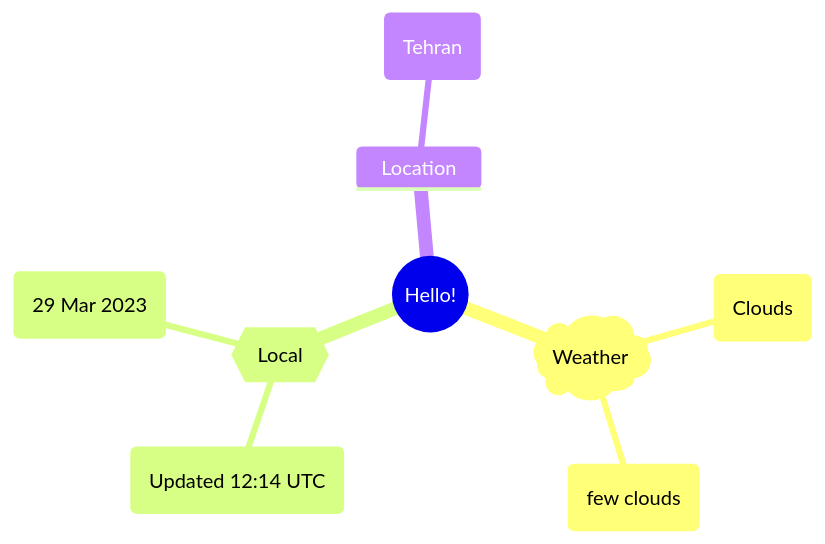
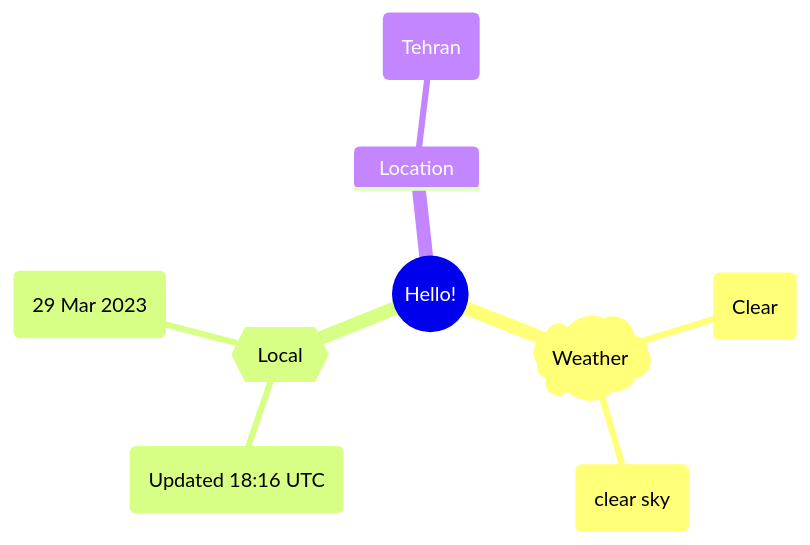
One commit to Xosrov/Xosrov changed the first of 2 diagrams in README.md. Above: the diagram before and after it, drawn with Mermaid.

Commit message:
[bot] updated images

````diff
--- a/README.md
+++ b/README.md
@@ -3,12 +3,12 @@
 ```mermaid
 mindmap
   root((Hello!))
     )Weather(
-        (Clouds)
-        (few clouds)
+        (Clear)
+        (clear sky)
     {{Local}}
-        (Updated 12:14 UTC)
+        (Updated 18:16 UTC)
         (29 Mar 2023)
     Location
         (Tehran)
 ```
````
